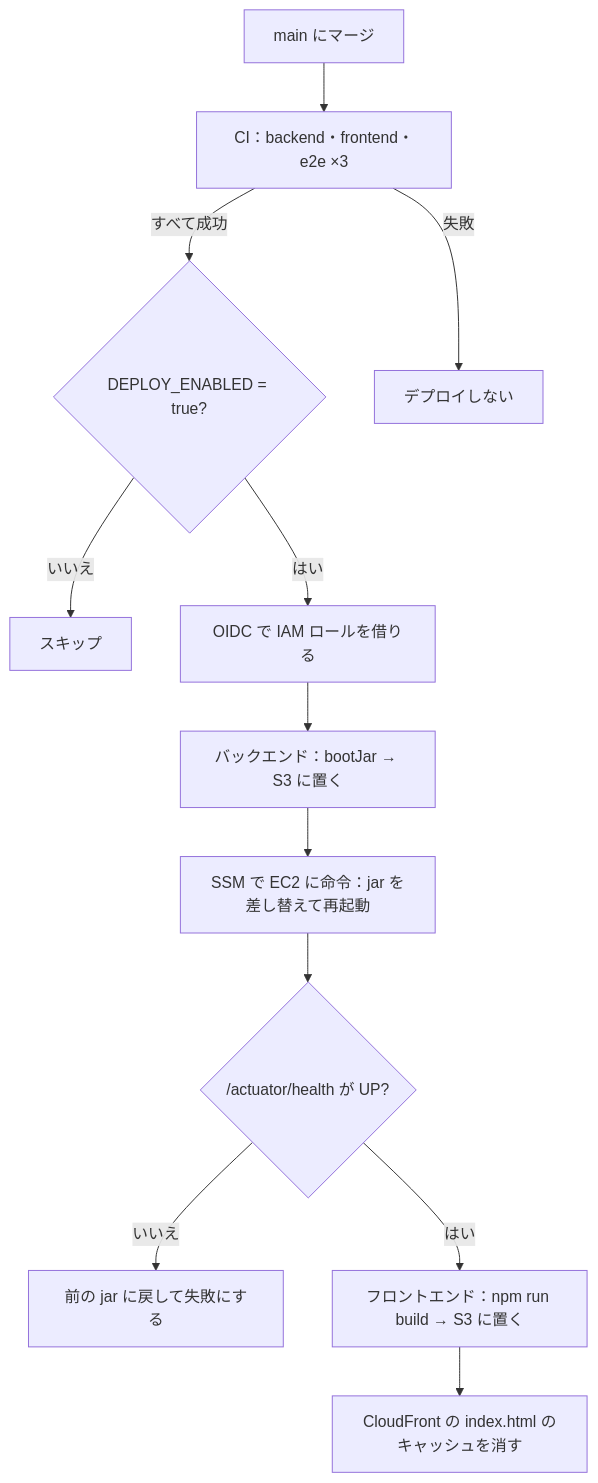
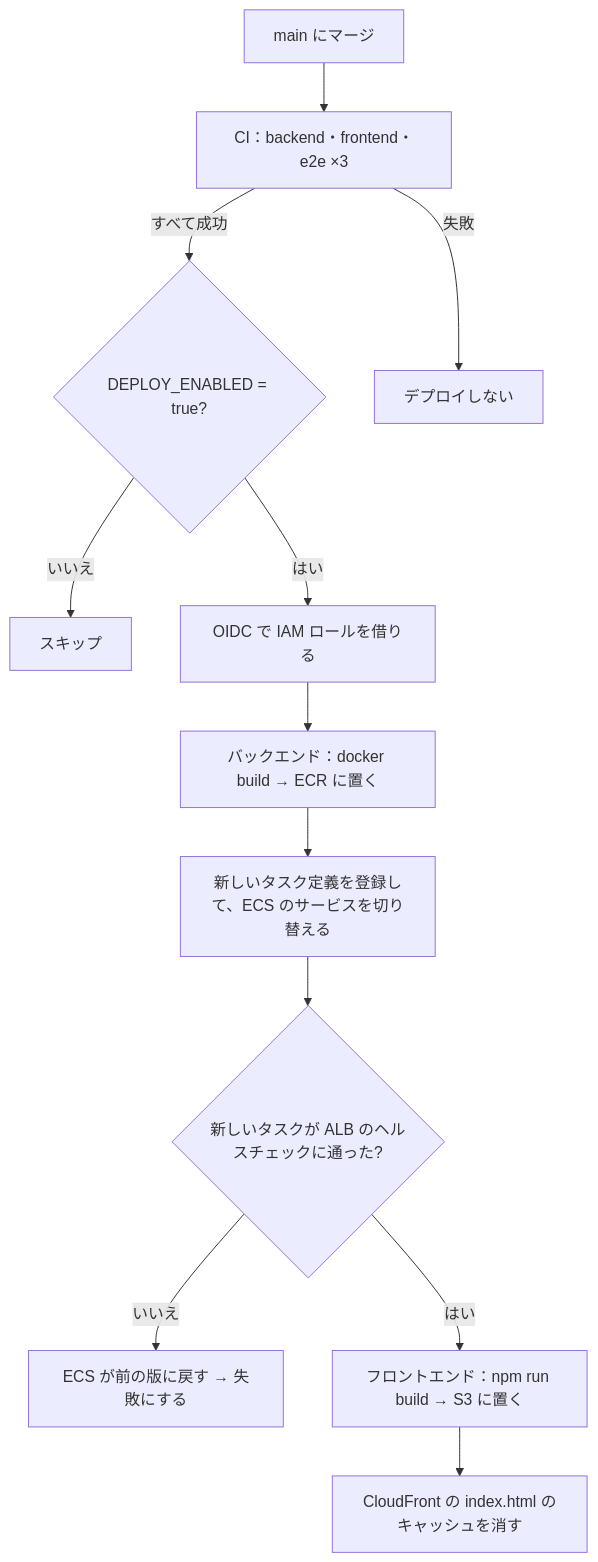
Before and after one commit to takeuchikoutagg/RaiseTime-Line: the diagram in docs/デプロイ.md, drawn with Mermaid. The commit also changed other lines of this file and 14 other files, not shown here.

````diff
--- a/docs/デプロイ.md
+++ b/docs/デプロイ.md
@@ -20,14 +20,14 @@
 ```mermaid
 flowchart TD
   A[main にマージ] --> B[CI：backend・frontend・e2e ×3]
   B -->|すべて成功| C{DEPLOY_ENABLED = true?}
   B -->|失敗| X[デプロイしない]
   C -->|いいえ| S[スキップ]
   C -->|はい| D[OIDC で IAM ロールを借りる]
-  D --> E[バックエンド：bootJar → S3 に置く]
-  E --> F[SSM で EC2 に命令：jar を差し替えて再起動]
-  F --> G{/actuator/health が UP?}
-  G -->|いいえ| R[前の jar に戻して失敗にする]
+  D --> E[バックエンド：docker build → ECR に置く]
+  E --> F[新しいタスク定義を登録して、ECS のサービスを切り替える]
+  F --> G{新しいタスクが ALB のヘルスチェックに通った?}
+  G -->|いいえ| R[ECS が前の版に戻す → 失敗にする]
   G -->|はい| H[フロントエンド：npm run build → S3 に置く]
   H --> I[CloudFront の index.html のキャッシュを消す]
 ```
````
